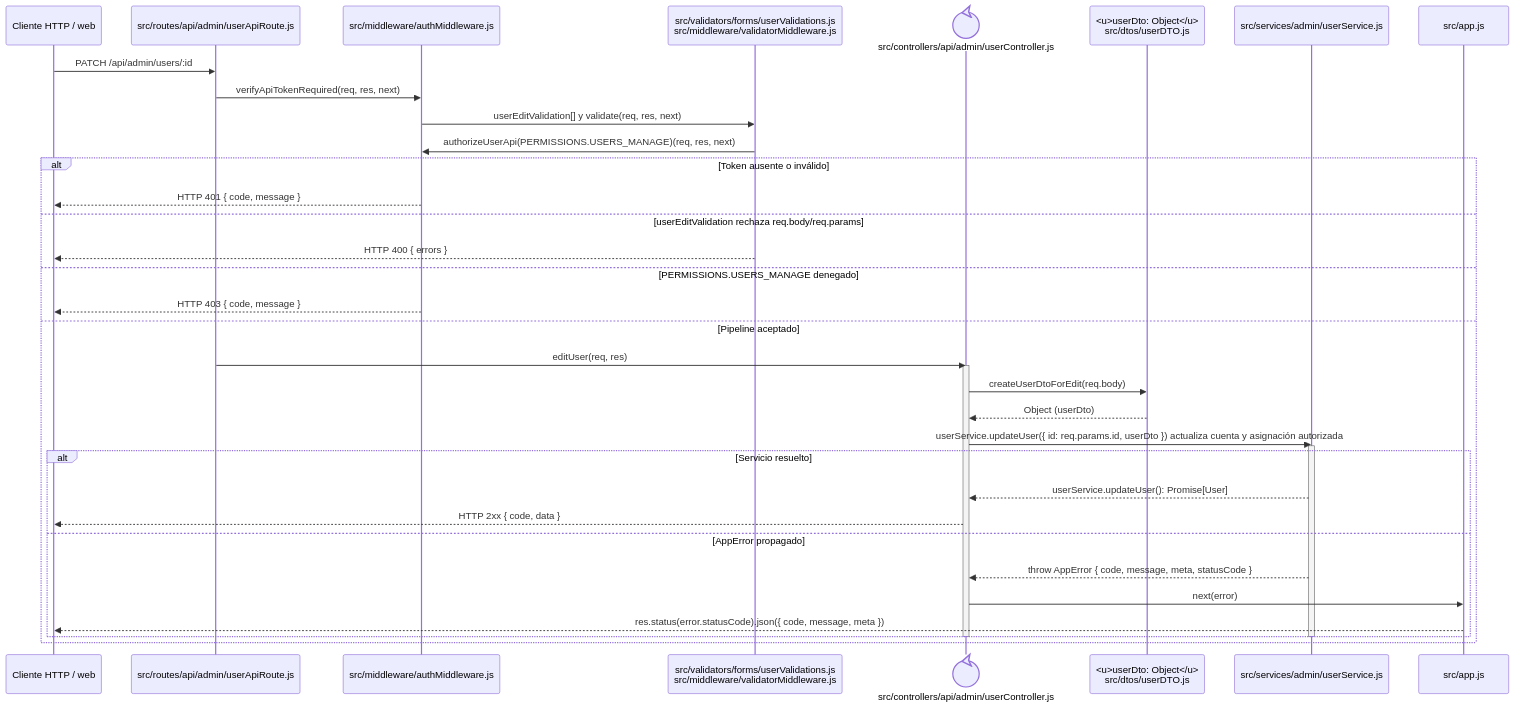
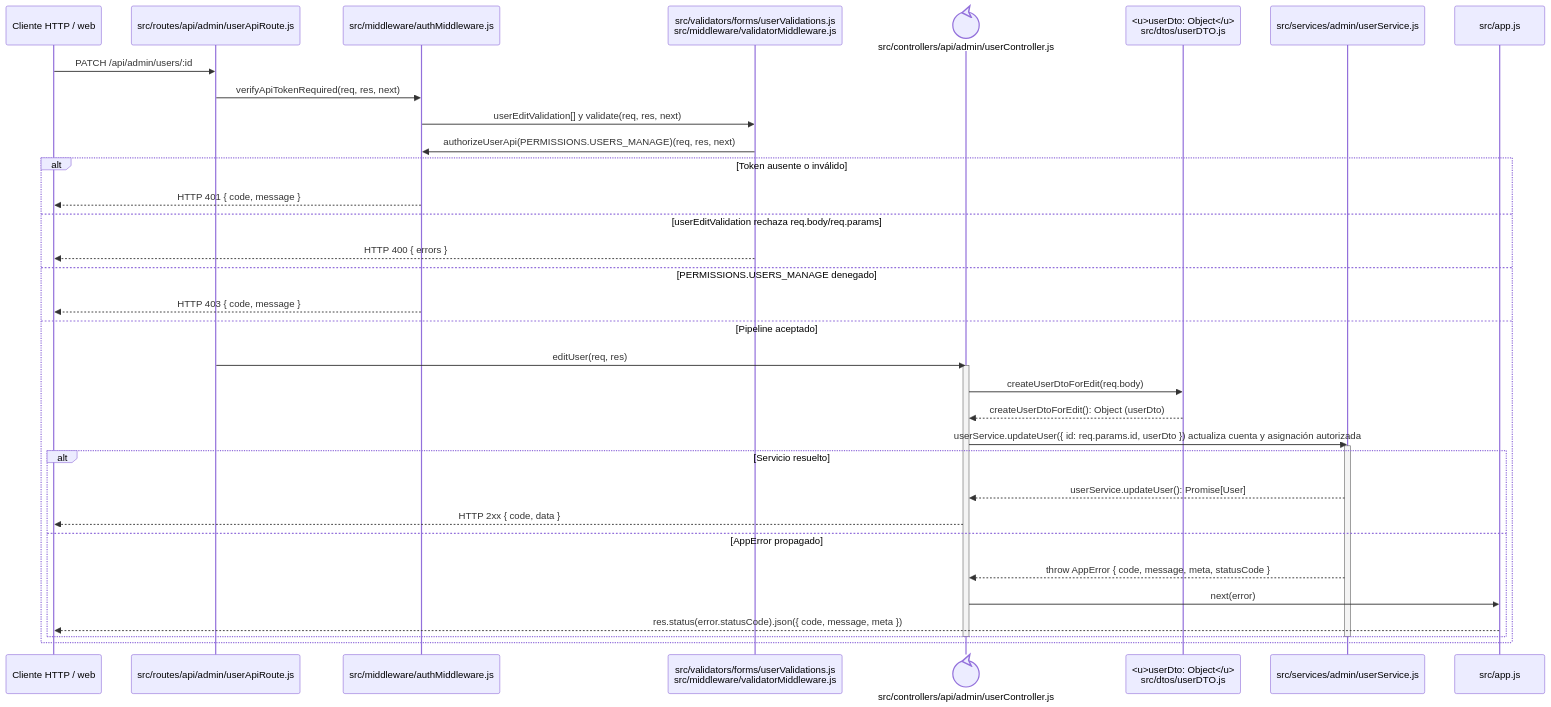
The diagram in docs/architecture/backend-code-sequences/identity-access/cu-ida-07.md (gpgsistemas01/nexus), drawn with Mermaid before and after one commit. The commit also changed 50 other files, not shown here.

Commit message:
docs: separar llamadas en diagramas de secuencia

````diff
--- a/docs/architecture/backend-code-sequences/identity-access/cu-ida-07.md
+++ b/docs/architecture/backend-code-sequences/identity-access/cu-ida-07.md
@@ -6,40 +6,40 @@
 ```mermaid
 sequenceDiagram
     participant Client as Cliente HTTP / web
     participant Route as src/routes/api/admin/userApiRoute.js
     participant Auth as src/middleware/authMiddleware.js
     participant Validator as src/validators/forms/userValidations.js<br/>src/middleware/validatorMiddleware.js
     participant Controller@{ "type": "control" } as src/controllers/api/admin/userController.js
     participant UserDto as <u>userDto: Object</u><br/>src/dtos/userDTO.js
     participant Domain as src/services/admin/userService.js
     participant ErrorHandler as src/app.js
 
     Client->>Route: PATCH /api/admin/users/:id
     Route->>Auth: verifyApiTokenRequired(req, res, next)
     Auth->>Validator: userEditValidation[] y validate(req, res, next)
     Validator->>Auth: authorizeUserApi(PERMISSIONS.USERS_MANAGE)(req, res, next)
     alt Token ausente o inválido
         Auth-->>Client: HTTP 401 { code, message }
     else userEditValidation rechaza req.body/req.params
         Validator-->>Client: HTTP 400 { errors }
     else PERMISSIONS.USERS_MANAGE denegado
         Auth-->>Client: HTTP 403 { code, message }
     else Pipeline aceptado
         Route->>Controller: editUser(req, res)
         activate Controller
         Controller->>UserDto: createUserDtoForEdit(req.body)
-        UserDto-->>Controller: Object (userDto)
+        UserDto-->>Controller: createUserDtoForEdit(): Object (userDto)
         Controller->>Domain: userService.updateUser({ id: req.params.id, userDto }) actualiza cuenta y asignación autorizada
         activate Domain
         alt Servicio resuelto
             Domain-->>Controller: userService.updateUser(): Promise[User]
             Controller-->>Client: HTTP 2xx { code, data }
         else AppError propagado
             Domain-->>Controller: throw AppError { code, message, meta, statusCode }
             Controller->>ErrorHandler: next(error)
             ErrorHandler-->>Client: res.status(error.statusCode).json({ code, message, meta })
         end
         deactivate Domain
         deactivate Controller
     end
 ```
````
